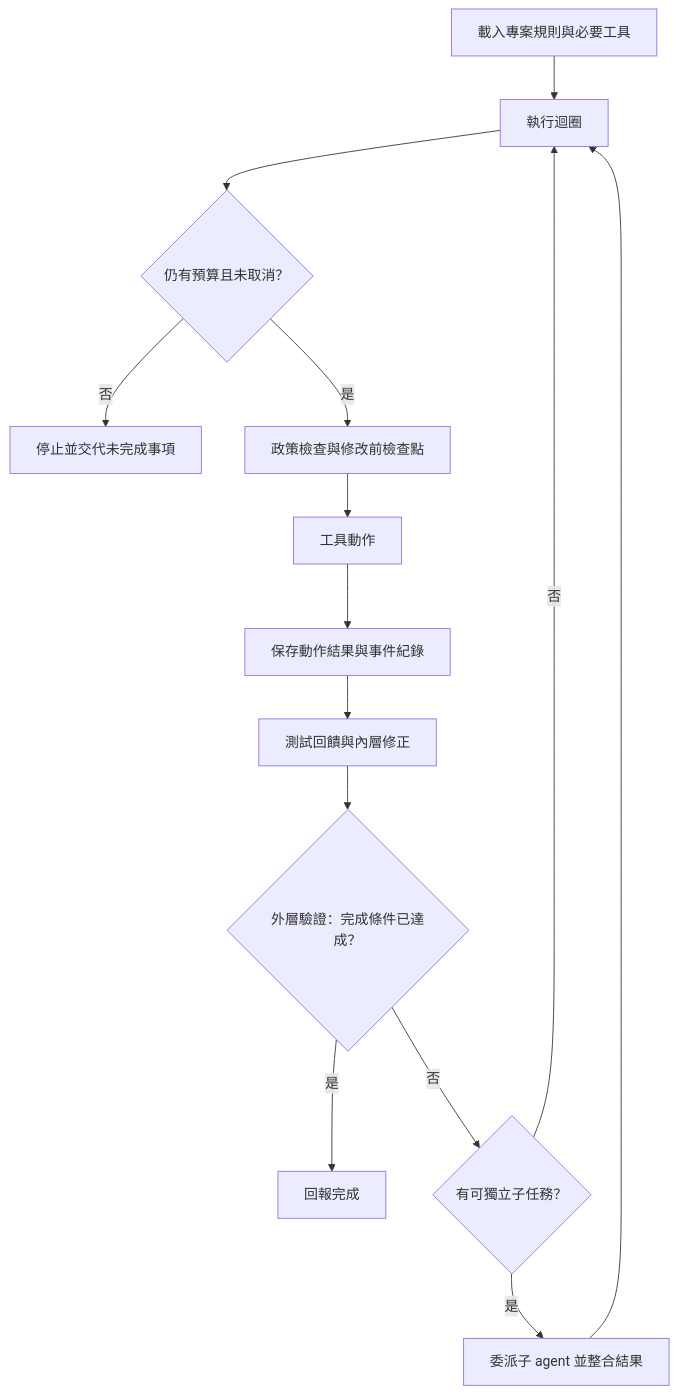
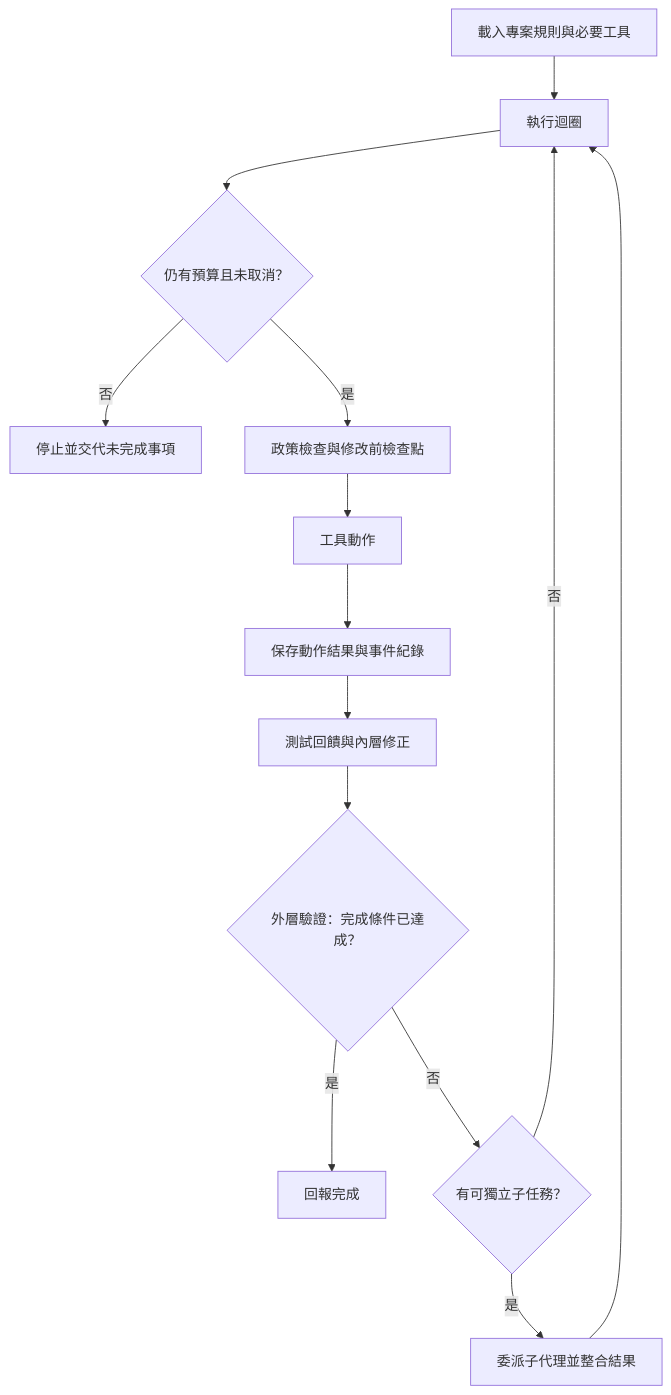
Before and after one commit to wizardhsiehcom/book: the diagram in docs/harness-engineering/advanced-patterns.md, drawn with Mermaid. The commit also changed other lines of this file and 26 other files, not shown here.

````diff
--- a/docs/harness-engineering/advanced-patterns.md
+++ b/docs/harness-engineering/advanced-patterns.md
@@ -79,16 +213,16 @@
 ```mermaid
 flowchart TD
     A["載入專案規則與必要工具"] --> B["執行迴圈"]
     B --> K{"仍有預算且未取消？"}
     K -->|否| L["停止並交代未完成事項"]
     K -->|是| C["政策檢查與修改前檢查點"]
     C --> D["工具動作"]
     D --> E["保存動作結果與事件紀錄"]
     E --> F["測試回饋與內層修正"]
     F --> G{"外層驗證：完成條件已達成？"}
     G -->|是| H["回報完成"]
     G -->|否| I{"有可獨立子任務？"}
-    I -->|是| J["委派子 agent 並整合結果"]
+    I -->|是| J["委派子代理並整合結果"]
     J --> B
     I -->|否| B
 ```
````
